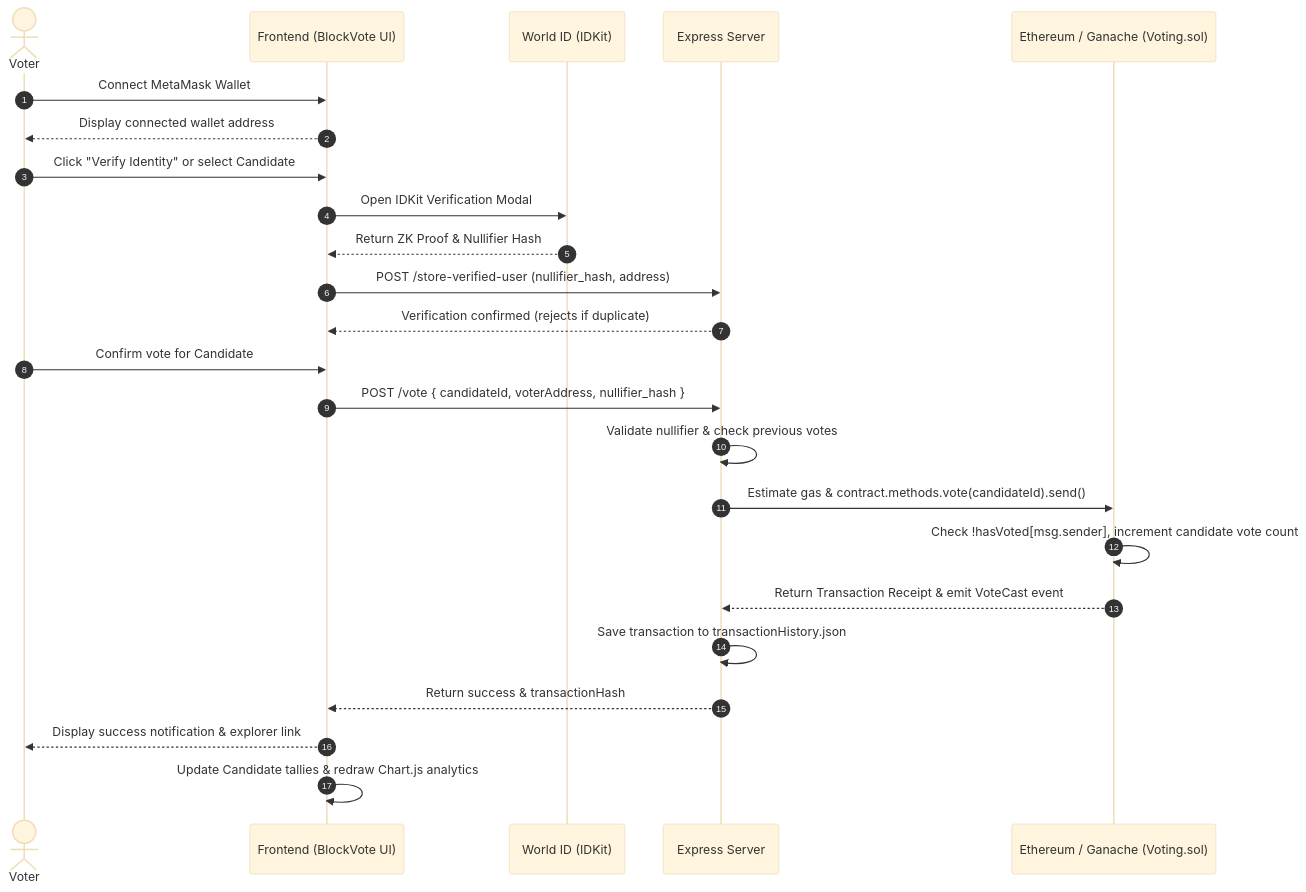
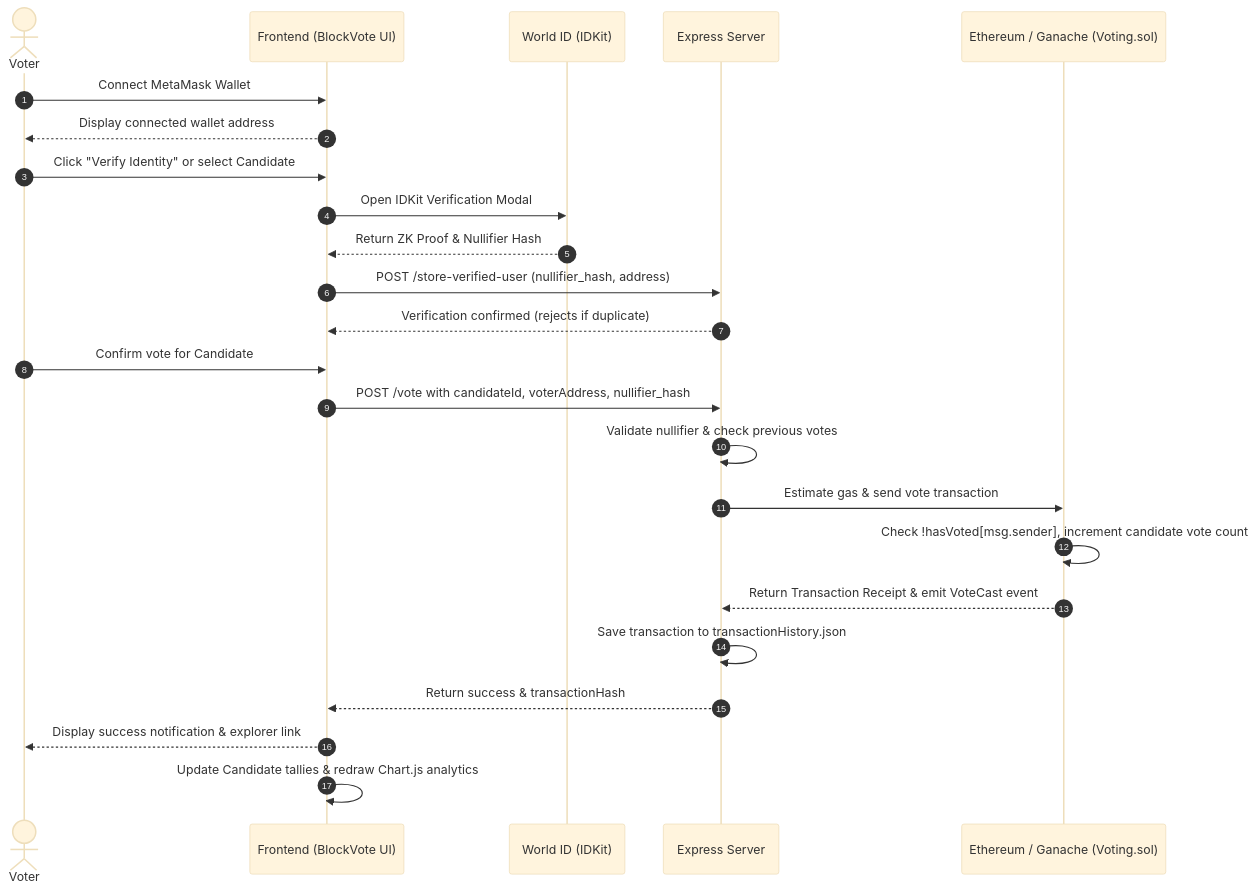
Before and after one commit to svnfnty/voting-dapp: the second of 2 diagrams in README.md, drawn with Mermaid (base theme). The commit also changed other lines of this file, not shown here.

Commit message:
docs: fix Mermaid diagram syntax in README

````diff
--- a/README.md
+++ b/README.md
@@ -97,32 +97,32 @@
 ```mermaid
 sequenceDiagram
     autonumber
     actor Voter
     participant Frontend as Frontend (BlockVote UI)
     participant WorldID as World ID (IDKit)
     participant Backend as Express Server
     participant Blockchain as Ethereum / Ganache (Voting.sol)
 
     Voter->>Frontend: Connect MetaMask Wallet
     Frontend-->>Voter: Display connected wallet address
 
     Voter->>Frontend: Click "Verify Identity" or select Candidate
     Frontend->>WorldID: Open IDKit Verification Modal
     WorldID-->>Frontend: Return ZK Proof & Nullifier Hash
     
     Frontend->>Backend: POST /store-verified-user (nullifier_hash, address)
     Backend-->>Frontend: Verification confirmed (rejects if duplicate)
 
     Voter->>Frontend: Confirm vote for Candidate
-    Frontend->>Backend: POST /vote { candidateId, voterAddress, nullifier_hash }
+    Frontend->>Backend: POST /vote with candidateId, voterAddress, nullifier_hash
     
     Backend->>Backend: Validate nullifier & check previous votes
-    Backend->>Blockchain: Estimate gas & contract.methods.vote(candidateId).send()
+    Backend->>Blockchain: Estimate gas & send vote transaction
     Blockchain->>Blockchain: Check !hasVoted[msg.sender], increment candidate vote count
     Blockchain-->>Backend: Return Transaction Receipt & emit VoteCast event
     
     Backend->>Backend: Save transaction to transactionHistory.json
     Backend-->>Frontend: Return success & transactionHash
     Frontend-->>Voter: Display success notification & explorer link
     Frontend->>Frontend: Update Candidate tallies & redraw Chart.js analytics
 ```
````
